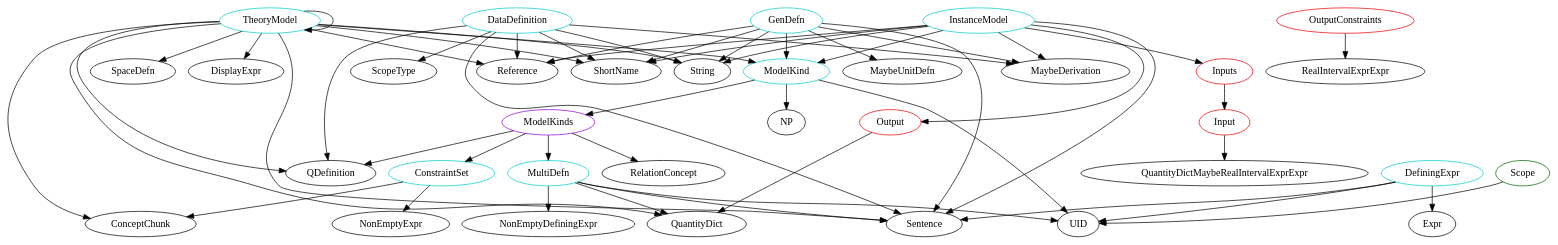
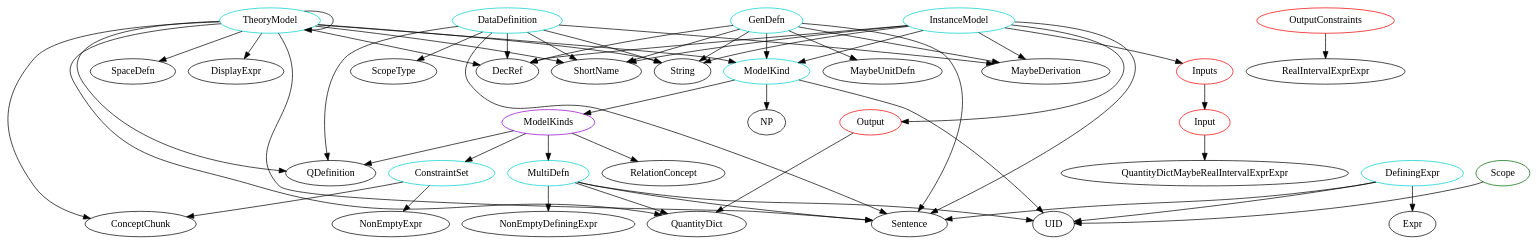
The diagram in analysis/TypeDependencyGraphs/theory.dot (Ant13731/Drasil), drawn with Graphviz before and after one commit. The commit also changed 2710 other files, not shown here.

```diff
--- a/analysis/TypeDependencyGraphs/theory.dot
+++ b/analysis/TypeDependencyGraphs/theory.dot
@@ -1,118 +1,118 @@
 digraph alltypes {
 	subgraph teoryconcepths {
 	}
 	subgraph clasess {
 	}
 	subgraph contraintsets {
 		subgraph constraintset{
 		ConstraintSet -> ConceptChunk;
 		ConstraintSet -> NonEmptyExpr;
-		ConstraintSet	[shape=oval, color=cyan3, label=ConstraintSet];
+		ConstraintSet	[shape=oval, color=cyan3, label="ConstraintSet"];
 		}
 	}
 	subgraph datadefinition {
 		subgraph datadefinition{
 		DataDefinition -> QDefinition;
 		DataDefinition -> ScopeType;
-		DataDefinition -> Reference;
+		DataDefinition -> DecRef;
 		DataDefinition -> MaybeDerivation;
 		DataDefinition -> ShortName;
 		DataDefinition -> String;
 		DataDefinition -> Sentence;
-		DataDefinition	[shape=oval, color=cyan3, label=DataDefinition];
+		DataDefinition	[shape=oval, color=cyan3, label="DataDefinition"];
 		}
 		subgraph scope{
 		Scope -> UID;
-		Scope	[shape=oval, color=darkgreen, label=Scope];
+		Scope	[shape=oval, color=darkgreen, label="Scope"];
 		}
 	}
 	subgraph gendefn {
 		subgraph gendefn{
 		GenDefn -> ModelKind;
 		GenDefn -> MaybeUnitDefn;
 		GenDefn -> MaybeDerivation;
-		GenDefn -> Reference;
+		GenDefn -> DecRef;
 		GenDefn -> ShortName;
 		GenDefn -> String;
 		GenDefn -> Sentence;
-		GenDefn	[shape=oval, color=cyan3, label=GenDefn];
+		GenDefn	[shape=oval, color=cyan3, label="GenDefn"];
 		}
 	}
 	subgraph intancemodels {
 		subgraph instancemodel{
 		InstanceModel -> ModelKind;
 		InstanceModel -> Inputs;
 		InstanceModel -> Output;
-		InstanceModel -> Reference;
+		InstanceModel -> DecRef;
 		InstanceModel -> MaybeDerivation;
 		InstanceModel -> ShortName;
 		InstanceModel -> String;
 		InstanceModel -> Sentence;
-		InstanceModel	[shape=oval, color=cyan3, label=InstanceModel];
+		InstanceModel	[shape=oval, color=cyan3, label="InstanceModel"];
 		}
 		subgraph input{
 		Input -> QuantityDictMaybeRealIntervalExprExpr;
-		Input	[shape=oval, color=red2, label=Input];
+		Input	[shape=oval, color=red2, label="Input"];
 		}
 		subgraph inputs{
 		Inputs -> Input;
-		Inputs	[shape=oval, color=red2, label=Inputs];
+		Inputs	[shape=oval, color=red2, label="Inputs"];
 		}
 		subgraph output{
 		Output -> QuantityDict;
-		Output	[shape=oval, color=red2, label=Output];
+		Output	[shape=oval, color=red2, label="Output"];
 		}
 		subgraph outputconstraints{
 		OutputConstraints -> RealIntervalExprExpr;
-		OutputConstraints	[shape=oval, color=red2, label=OutputConstraints];
+		OutputConstraints	[shape=oval, color=red2, label="OutputConstraints"];
 		}
 	}
 	subgraph modelkinds {
 		subgraph modelkind{
 		ModelKind -> ModelKinds;
 		ModelKind -> UID;
 		ModelKind -> NP;
-		ModelKind	[shape=oval, color=cyan3, label=ModelKind];
+		ModelKind	[shape=oval, color=cyan3, label="ModelKind"];
 		}
 		subgraph modelkinds{
 		ModelKinds -> RelationConcept;
 		ModelKinds -> ConstraintSet;
 		ModelKinds -> QDefinition;
 		ModelKinds -> MultiDefn;
-		ModelKinds	[shape=oval, color=darkviolet, label=ModelKinds];
+		ModelKinds	[shape=oval, color=darkviolet, label="ModelKinds"];
 		}
 	}
 	subgraph multidefn {
 		subgraph definingexpr{
 		DefiningExpr -> UID;
 		DefiningExpr -> Sentence;
 		DefiningExpr -> Expr;
-		DefiningExpr	[shape=oval, color=cyan3, label=DefiningExpr];
+		DefiningExpr	[shape=oval, color=cyan3, label="DefiningExpr"];
 		}
 		subgraph multidefn{
 		MultiDefn -> UID;
 		MultiDefn -> QuantityDict;
 		MultiDefn -> Sentence;
 		MultiDefn -> NonEmptyDefiningExpr;
-		MultiDefn	[shape=oval, color=cyan3, label=MultiDefn];
+		MultiDefn	[shape=oval, color=cyan3, label="MultiDefn"];
 		}
 	}
 	subgraph teoryh {
 		subgraph theorymodel{
 		TheoryModel -> ModelKind;
 		TheoryModel -> TheoryModel;
 		TheoryModel -> SpaceDefn;
 		TheoryModel -> QuantityDict;
 		TheoryModel -> ConceptChunk;
 		TheoryModel -> QDefinition;
 		TheoryModel -> DisplayExpr;
-		TheoryModel -> Reference;
+		TheoryModel -> DecRef;
 		TheoryModel -> ShortName;
 		TheoryModel -> String;
 		TheoryModel -> Sentence;
-		TheoryModel	[shape=oval, color=cyan3, label=TheoryModel];
+		TheoryModel	[shape=oval, color=cyan3, label="TheoryModel"];
 		}
 	}
 	subgraph drails {
 	}
 }
```
